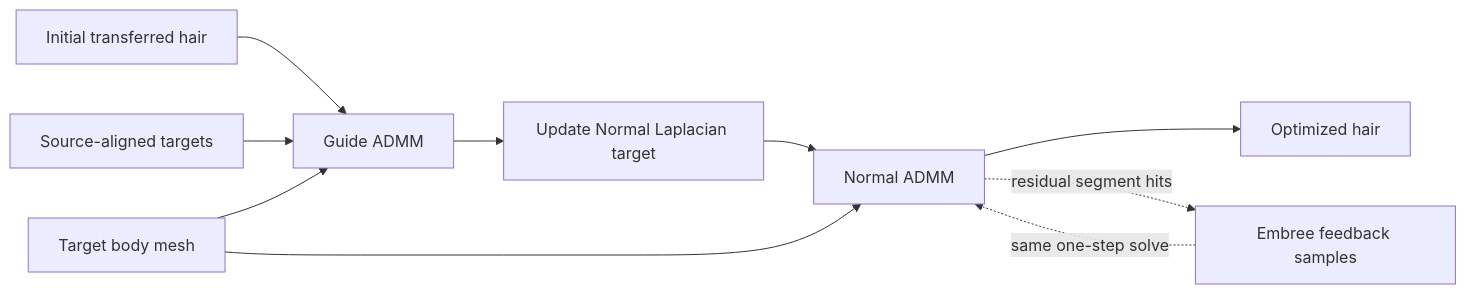
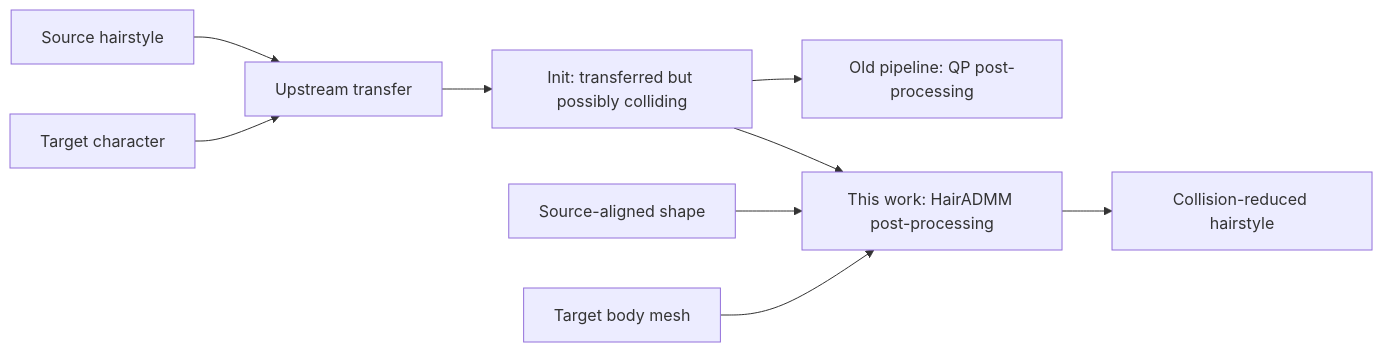
One commit to YHY-H-YHY/HairADMM changed the diagram in README.md. Above: the diagram before and after it, drawn with Mermaid. The commit also changed other lines of this file, not shown here.

````diff
--- a/README.md
+++ b/README.md
@@ -25,12 +104,11 @@
 ```mermaid
 flowchart LR
-    A[Initial transferred hair] --> B[Guide ADMM]
-    S[Source-aligned targets] --> B
-    H[Target body mesh] --> B
-    B --> C[Update Normal Laplacian target]
-    C --> D[Normal ADMM]
-    H --> D
-    D --> E[Optimized hair]
-    D -. residual segment hits .-> F[Embree feedback samples]
-    F -. same one-step solve .-> D
+    A[Source hairstyle] --> B[Upstream transfer]
+    T[Target character] --> B
+    B --> C[Init: transferred but possibly colliding]
+    C --> D[Old pipeline: QP post-processing]
+    C --> E[This work: HairADMM post-processing]
+    S[Source-aligned shape] --> E
+    M[Target body mesh] --> E
+    E --> O[Collision-reduced hairstyle]
 ```
````
